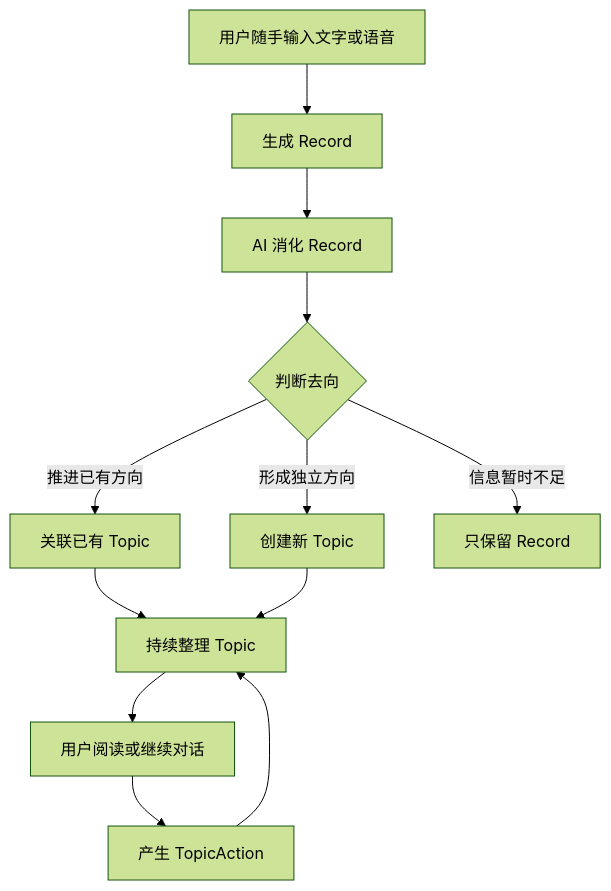
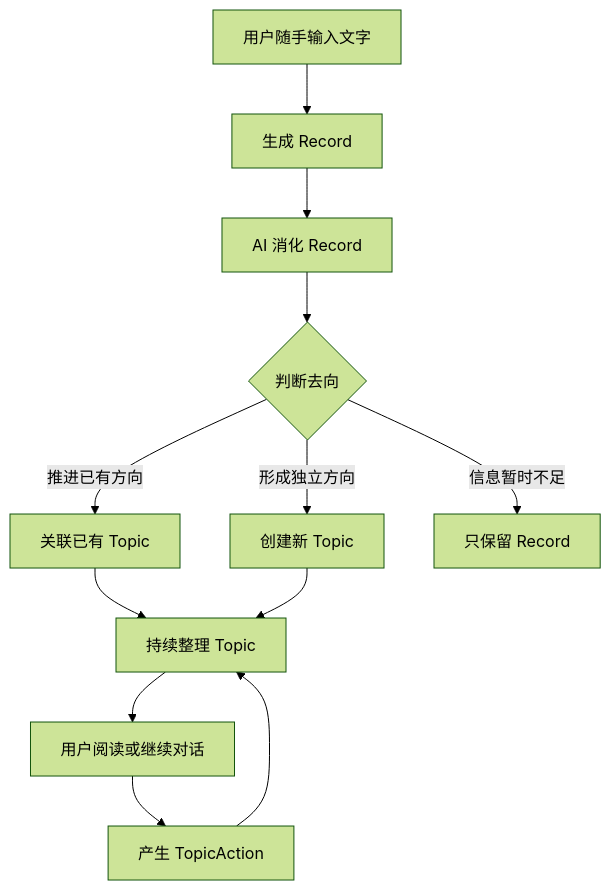
Before and after one commit to huiru-wang/eiko: the first of 5 diagrams in docs/README.md, drawn with Mermaid (forest theme). The commit also changed other lines of this file and 71 other files, not shown here.

````diff
--- a/docs/README.md
+++ b/docs/README.md
@@ -62,14 +62,14 @@
 ```mermaid
 flowchart TD
-    A["用户随手输入文字或语音"] --> B["生成 Record"]
+    A["用户随手输入文字"] --> B["生成 Record"]
     B --> C["AI 消化 Record"]
     C --> D{"判断去向"}
     D -->|推进已有方向| E["关联已有 Topic"]
     D -->|形成独立方向| F["创建新 Topic"]
     D -->|信息暂时不足| G["只保留 Record"]
     E --> H["持续整理 Topic"]
     F --> H
     H --> I["用户阅读或继续对话"]
     I --> J["产生 TopicAction"]
     J --> H
 ```
````
